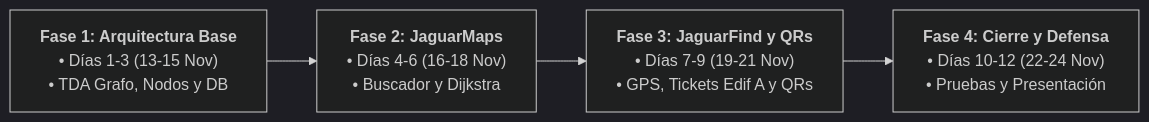
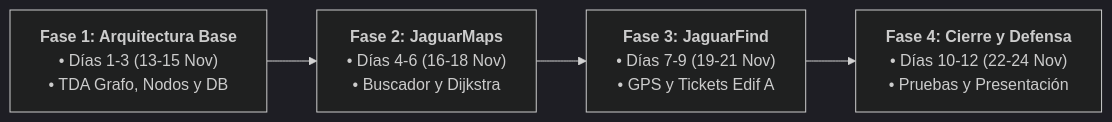
The fifth of 5 diagrams in ESPECIFICACION_TECNICA_JAGUARFIND.md (camijavi/python_flask_jaguar_find), drawn with Mermaid (dark theme) before and after one commit. The commit also changed other lines of this file and 16 other files, not shown here.

````diff
--- a/ESPECIFICACION_TECNICA_JAGUARFIND.md
+++ b/ESPECIFICACION_TECNICA_JAGUARFIND.md
@@ -491,6 +493,6 @@
 ```mermaid
 flowchart LR
     F1["<b>Fase 1: Arquitectura Base</b><br>• Días 1-3 (13-15 Nov)<br>• TDA Grafo, Nodos y DB"] --> F2["<b>Fase 2: JaguarMaps</b><br>• Días 4-6 (16-18 Nov)<br>• Buscador y Dijkstra"]
-    F2 --> F3["<b>Fase 3: JaguarFind y QRs</b><br>• Días 7-9 (19-21 Nov)<br>• GPS, Tickets Edif A y QRs"]
+    F2 --> F3["<b>Fase 3: JaguarFind</b><br>• Días 7-9 (19-21 Nov)<br>• GPS y Tickets Edif A"]
     F3 --> F4["<b>Fase 4: Cierre y Defensa</b><br>• Días 10-12 (22-24 Nov)<br>• Pruebas y Presentación"]
 ```
````
